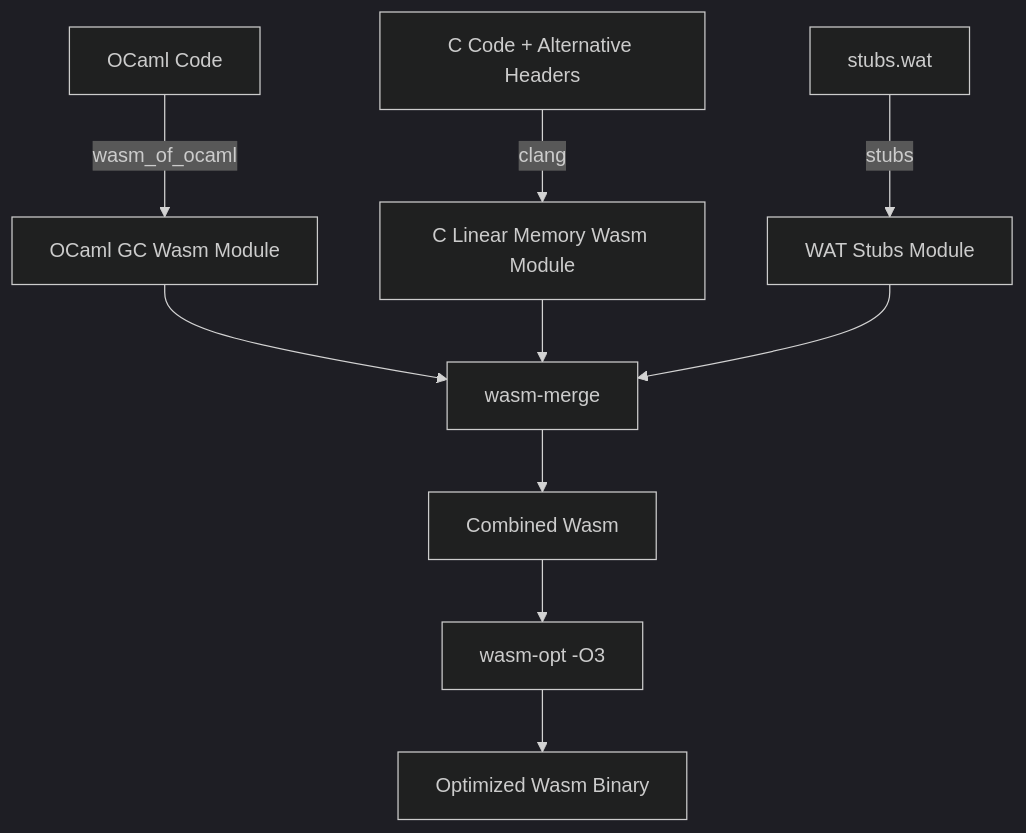
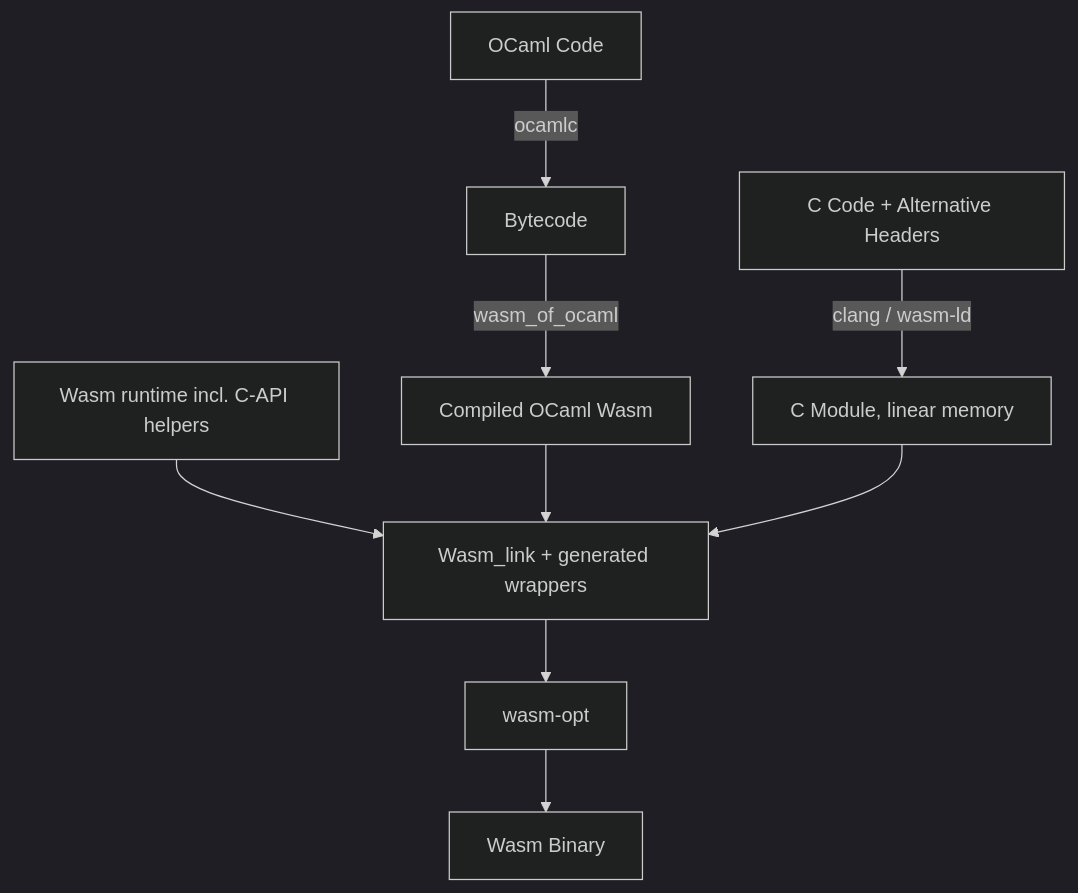
One commit to ocsigen/js_of_ocaml changed the diagram in Wasm_C_Linking.md. Above: the diagram before and after it, drawn with Mermaid (dark theme). The commit also changed other lines of this file, not shown here.

First line of the commit message:
Wasm_C_Linking.md: revise after review

````diff
--- a/Wasm_C_Linking.md
+++ b/Wasm_C_Linking.md
@@ -19,14 +31,11 @@
 ```mermaid
 graph TD
-    OCamlCode[OCaml Code] -->|wasm_of_ocaml| OCamlWasm[OCaml GC Wasm Module]
-    CCode[C Code + Alternative Headers] -->|clang| CWasm[C Linear Memory Wasm Module]
-    StubsWat[stubs.wat] -->|stubs| WatWasm[WAT Stubs Module]
-    
-    OCamlWasm --> WasmMerge[wasm-merge]
-    CWasm --> WasmMerge
-    WatWasm --> WasmMerge
-    
-    WasmMerge --> CombinedWasm[Combined Wasm]
-    CombinedWasm --> WasmOpt[wasm-opt -O3]
-    WasmOpt --> FinalWasm[Optimized Wasm Binary]
+    OCamlCode[OCaml Code] -->|ocamlc| Bytecode[Bytecode]
+    Bytecode -->|wasm_of_ocaml| OCamlWasm[Compiled OCaml Wasm]
+    CCode[C Code + Alternative Headers] -->|clang / wasm-ld| CWasm[C Module, linear memory]
+    Runtime[Wasm runtime incl. C-API helpers] --> Link
+    OCamlWasm --> Link[Wasm_link + generated wrappers]
+    CWasm --> Link
+    Link --> WasmOpt[wasm-opt]
+    WasmOpt --> FinalWasm[Wasm Binary]
 ```
````
